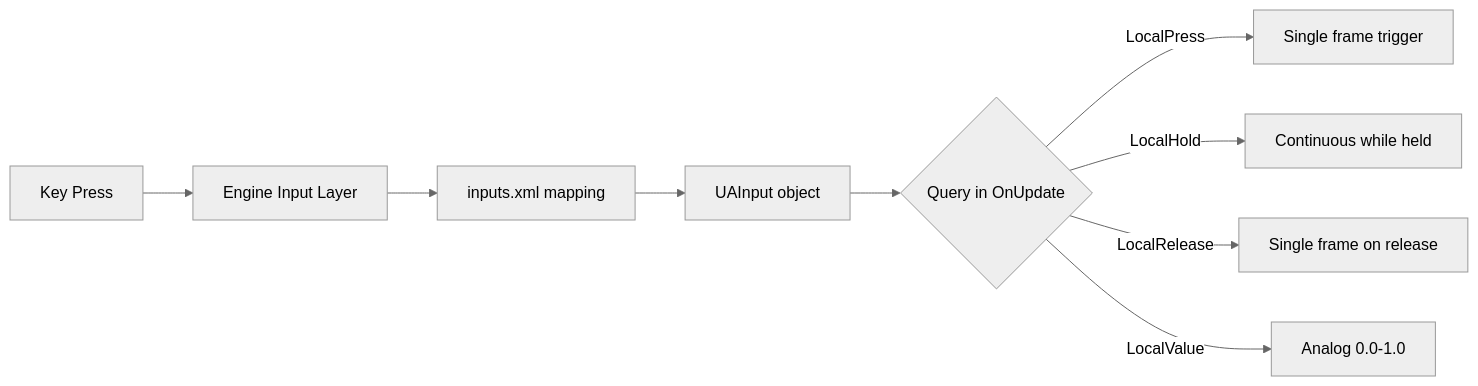
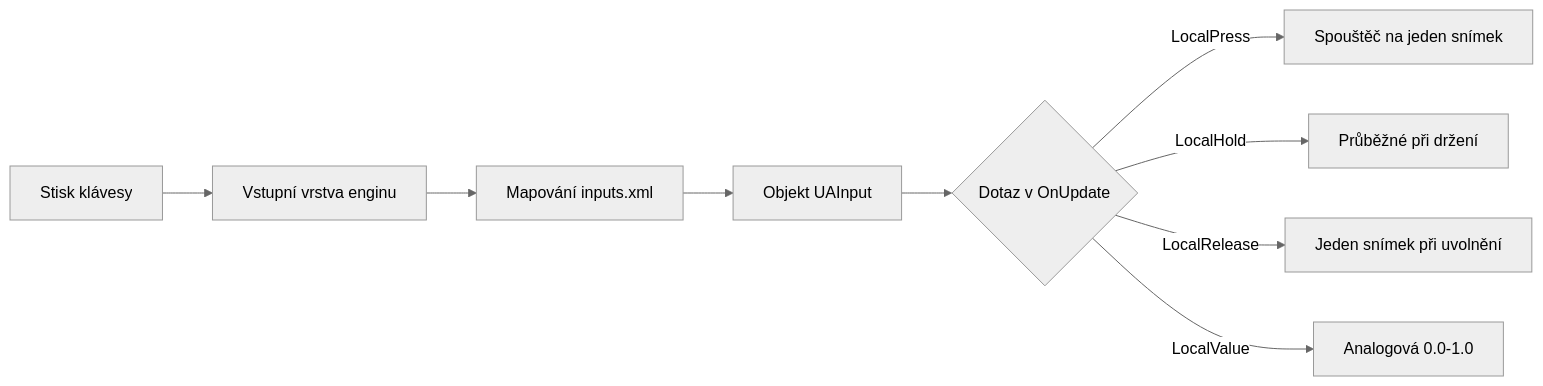
Before and after one commit to StarDZ-Team/DayZ-Modding-Wiki: the diagram in cs/06-engine-api/13-input-system.md, drawn with Mermaid (neutral theme). The commit also changed other lines of this file and 4 other files, not shown here.

````diff
--- a/cs/06-engine-api/13-input-system.md
+++ b/cs/06-engine-api/13-input-system.md
@@ -425,11 +425,11 @@
 ```mermaid
 flowchart LR
-    A[Key Press] --> B[Engine Input Layer]
-    B --> C[inputs.xml mapping]
-    C --> D[UAInput object]
-    D --> E{Query in OnUpdate}
-    E -->|LocalPress| F[Single frame trigger]
-    E -->|LocalHold| G[Continuous while held]
-    E -->|LocalRelease| H[Single frame on release]
-    E -->|LocalValue| I[Analog 0.0-1.0]
+    A[Stisk klávesy] --> B[Vstupní vrstva enginu]
+    B --> C[Mapování inputs.xml]
+    C --> D[Objekt UAInput]
+    D --> E{Dotaz v OnUpdate}
+    E -->|LocalPress| F[Spouštěč na jeden snímek]
+    E -->|LocalHold| G[Průběžné při držení]
+    E -->|LocalRelease| H[Jeden snímek při uvolnění]
+    E -->|LocalValue| I[Analogová 0.0-1.0]
 ```
````
